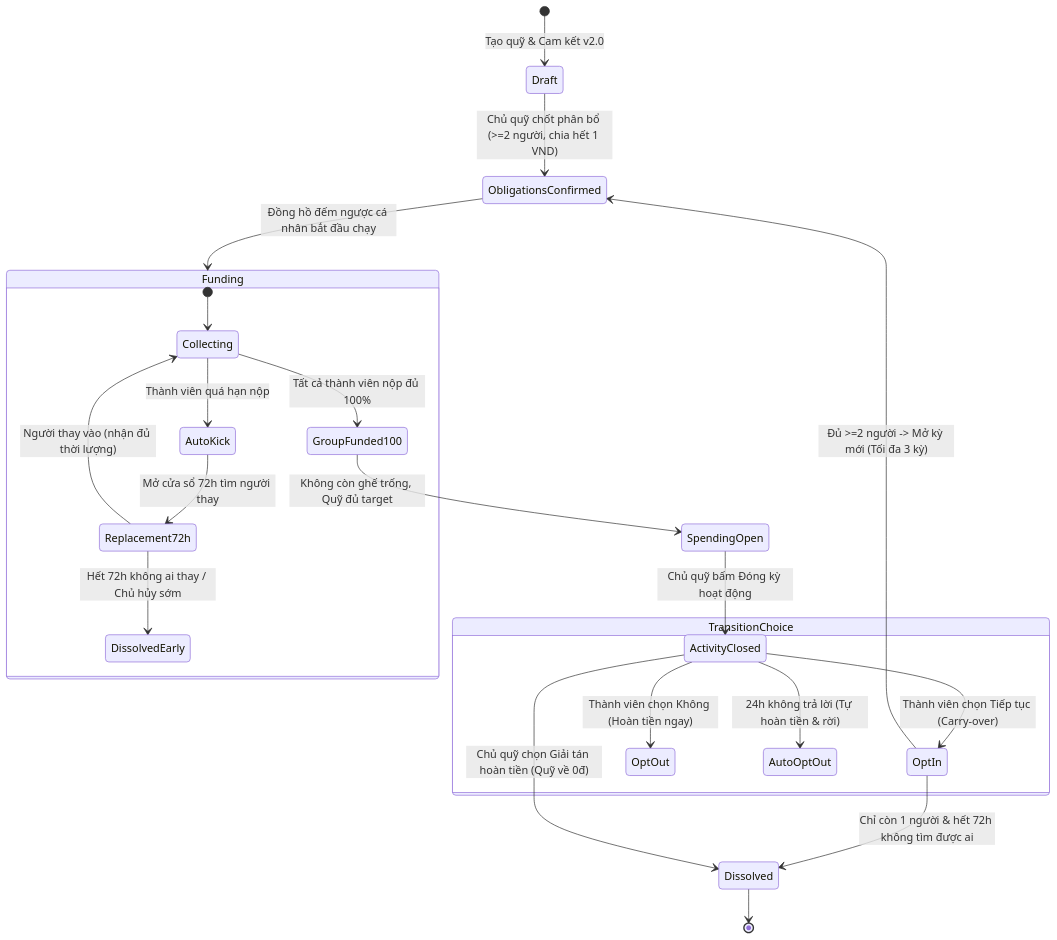
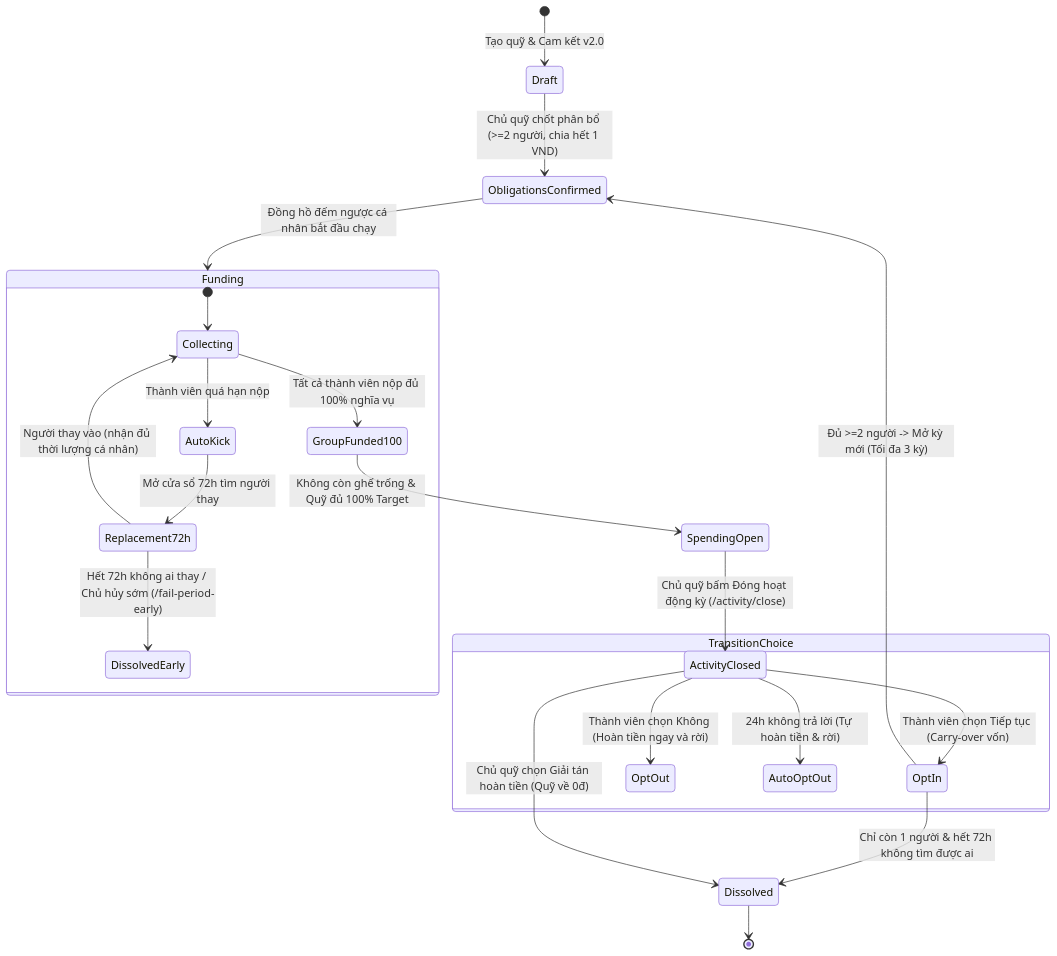
The first of 6 diagrams in docs/HUONG-DAN-QUY-NHOM-SPENDWISE.md (thien230314-bit/Spendwise), drawn with Mermaid before and after one commit. The commit also changed other lines of this file and 2 other files, not shown here.

Commit message:
docs: finalize group funds documentation with exact backend error codes, 6 diagrams, and complete lifecycle stories

````diff
--- a/docs/HUONG-DAN-QUY-NHOM-SPENDWISE.md
+++ b/docs/HUONG-DAN-QUY-NHOM-SPENDWISE.md
@@ -366,29 +396,29 @@
 ```mermaid
 stateDiagram-v2
     [*] --> Draft: Tạo quỹ & Cam kết v2.0
     Draft --> ObligationsConfirmed: Chủ quỹ chốt phân bổ (>=2 người, chia hết 1 VND)
     ObligationsConfirmed --> Funding: Đồng hồ đếm ngược cá nhân bắt đầu chạy
     
     state Funding {
         [*] --> Collecting
         Collecting --> AutoKick: Thành viên quá hạn nộp
         AutoKick --> Replacement72h: Mở cửa sổ 72h tìm người thay
-        Replacement72h --> Collecting: Người thay vào (nhận đủ thời lượng)
-        Replacement72h --> DissolvedEarly: Hết 72h không ai thay / Chủ hủy sớm
-        Collecting --> GroupFunded100: Tất cả thành viên nộp đủ 100%
+        Replacement72h --> Collecting: Người thay vào (nhận đủ thời lượng cá nhân)
+        Replacement72h --> DissolvedEarly: Hết 72h không ai thay / Chủ hủy sớm (/fail-period-early)
+        Collecting --> GroupFunded100: Tất cả thành viên nộp đủ 100% nghĩa vụ
     }
     
-    GroupFunded100 --> SpendingOpen: Không còn ghế trống, Quỹ đủ target
-    SpendingOpen --> ActivityClosed: Chủ quỹ bấm Đóng kỳ hoạt động
+    GroupFunded100 --> SpendingOpen: Không còn ghế trống & Quỹ đủ 100% Target
+    SpendingOpen --> ActivityClosed: Chủ quỹ bấm Đóng hoạt động kỳ (/activity/close)
     
     state TransitionChoice {
-        ActivityClosed --> OptIn: Thành viên chọn Tiếp tục (Carry-over)
-        ActivityClosed --> OptOut: Thành viên chọn Không (Hoàn tiền ngay)
+        ActivityClosed --> OptIn: Thành viên chọn Tiếp tục (Carry-over vốn)
+        ActivityClosed --> OptOut: Thành viên chọn Không (Hoàn tiền ngay và rời)
         ActivityClosed --> AutoOptOut: 24h không trả lời (Tự hoàn tiền & rời)
     }
     
     OptIn --> ObligationsConfirmed: Đủ >=2 người -> Mở kỳ mới (Tối đa 3 kỳ)
     OptIn --> Dissolved: Chỉ còn 1 người & hết 72h không tìm được ai
     ActivityClosed --> Dissolved: Chủ quỹ chọn Giải tán hoàn tiền (Quỹ về 0đ)
     Dissolved --> [*]
 ```
````
